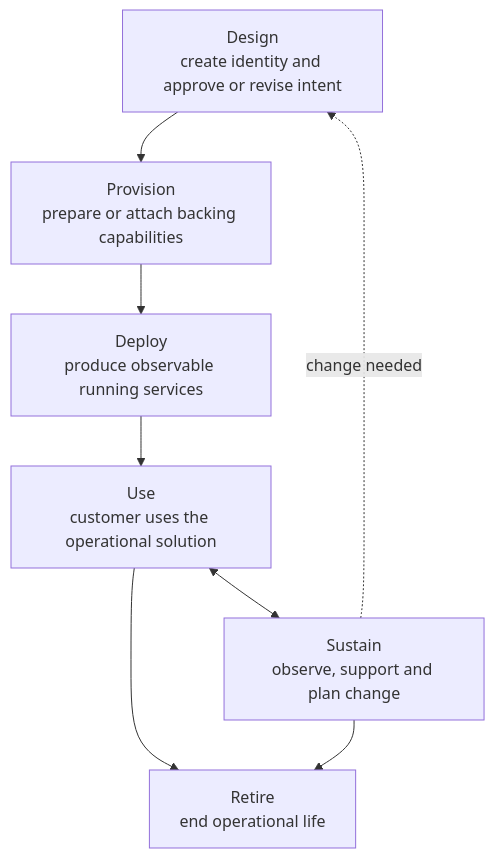
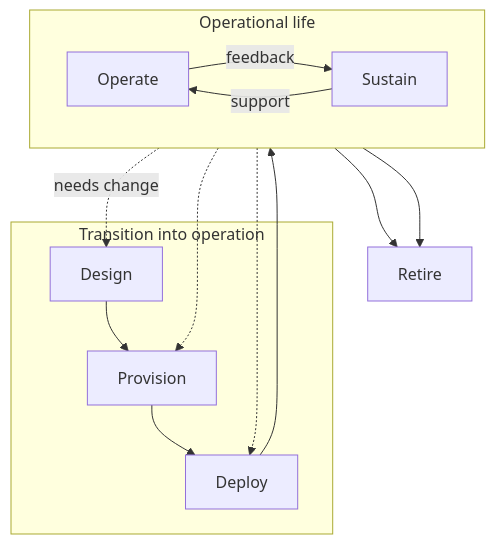
One commit to modern-engineering/prototype changed the diagram in docs/mission/M-01-business-mission-analysis.md. Above: the diagram before and after it, drawn with Mermaid. The commit also changed other lines of this file, not shown here.

Commit message:
docs: clarify solution lifecycle and mission risks

````diff
--- a/docs/mission/M-01-business-mission-analysis.md
+++ b/docs/mission/M-01-business-mission-analysis.md
@@ -191,15 +204,25 @@
 ```mermaid
 flowchart TD
-    D["Design<br/>create identity and approve or revise intent"]
-    P["Provision<br/>prepare or attach backing capabilities"]
-    DP["Deploy<br/>produce observable running services"]
-    U["Use<br/>customer uses the operational solution"]
-    S["Sustain<br/>observe, support and plan change"]
-    R["Retire<br/>end operational life"]
+    subgraph T["Transition into operation"]
+        D["Design"]
+        P["Provision"]
+        DP["Deploy"]
+        D --> P --> DP
+    end
 
-    D --> P --> DP --> U
-    U <--> S
-    S -. "change needed" .-> D
+    subgraph O["Operational life"]
+        direction LR
+        U["Operate"]
+        S["Sustain"]
+        U -- "feedback" --> S -- "support" --> U
+    end
+
+    R["Retire"]
+
+    DP --> U
+    U -. "needs change" .-> D
+    S -..-> P
+    S -..-> DP
     U --> R
     S --> R
 ```
````
